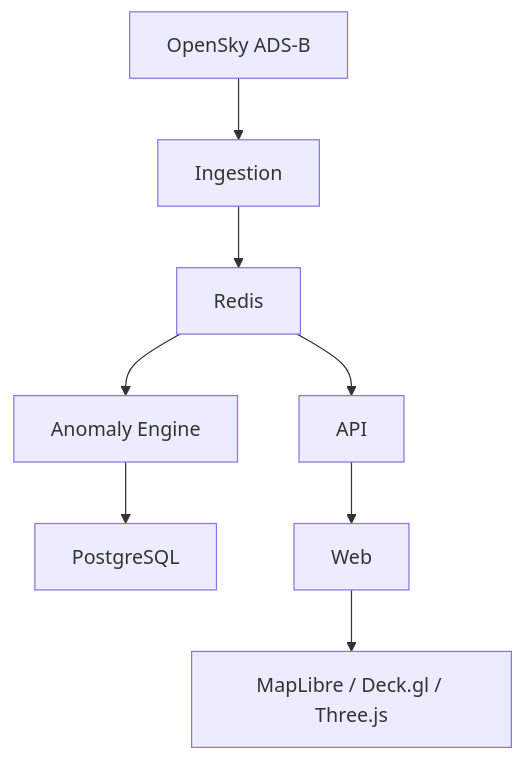
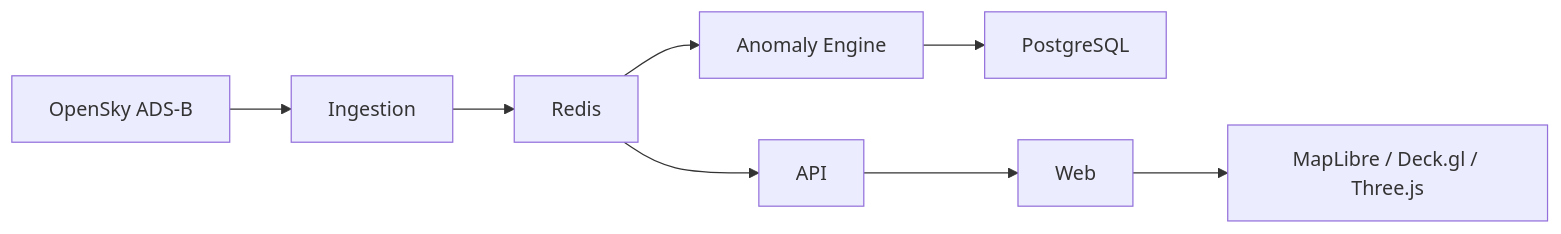
The diagram in README.md (schiessti-afk/AETHERA), drawn with Mermaid before and after one commit. The commit also changed other lines of this file and 6 other files, not shown here.

````diff
--- a/README.md
+++ b/README.md
@@ -53,10 +57,10 @@
 ```mermaid
-flowchart TD
+flowchart LR
   OpenSky[OpenSky ADS-B] --> Ingestion
   Ingestion --> Redis
-  Redis --> API[API]
+  Redis --> API
   Redis --> Anomaly[Anomaly Engine]
   Anomaly --> PostgreSQL
-  API --> Web[Web]
+  API --> Web
   Web --> Viz[MapLibre / Deck.gl / Three.js]
 ```
````
